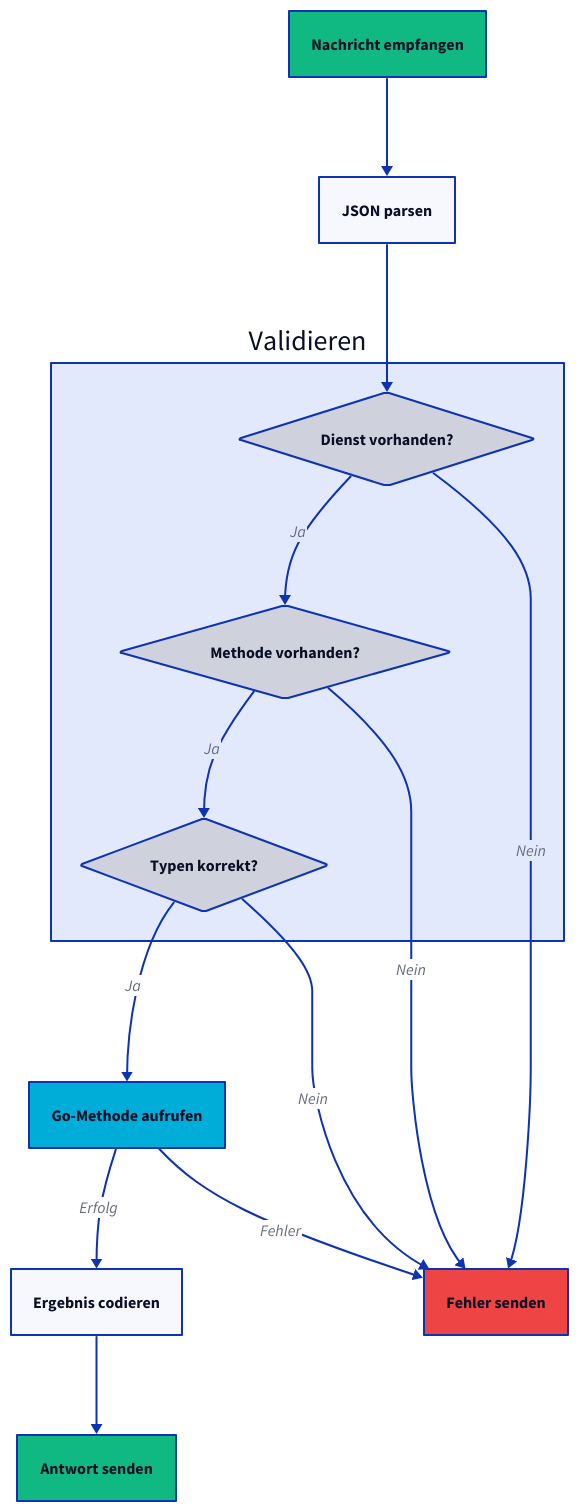
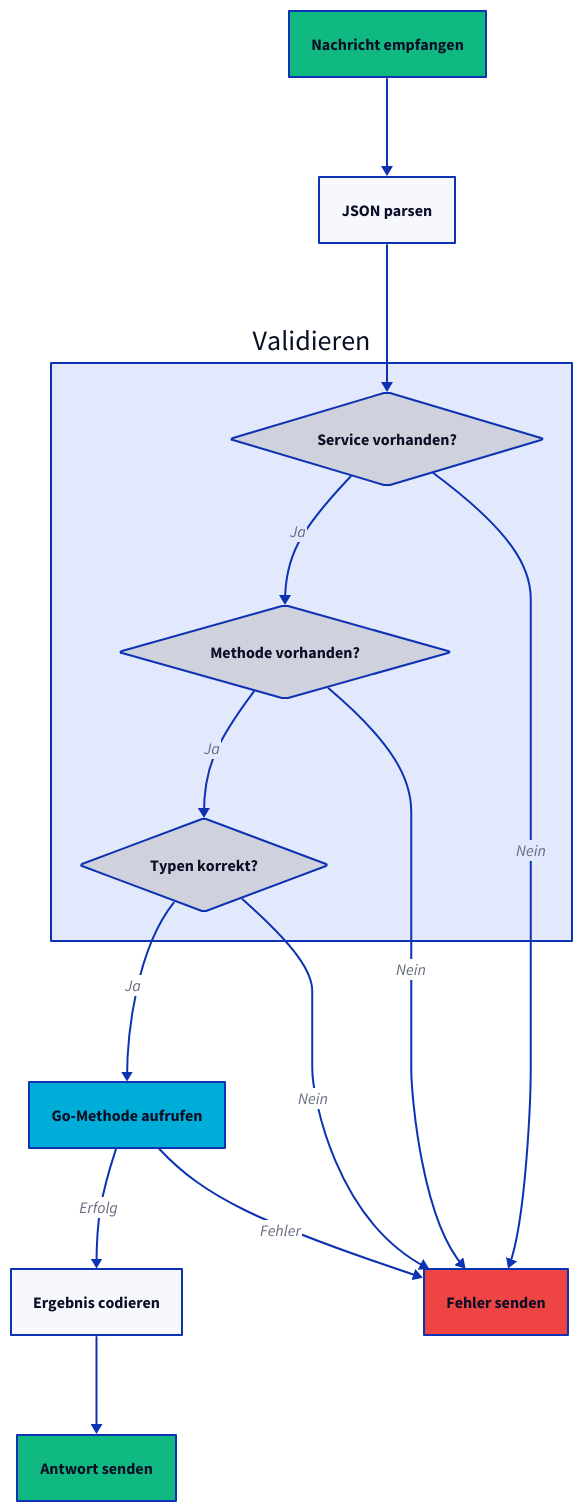
One commit to wailsapp/wails changed the second of 2 diagrams in docs/mpress/content/de/concepts/bridge.md. Above: the diagram before and after it, drawn with D2. The commit also changed other lines of this file and 1419 other files, not shown here.

````diff
--- a/docs/mpress/content/de/concepts/bridge.md
+++ b/docs/mpress/content/de/concepts/bridge.md
@@ -160,57 +160,57 @@
 ```d2
 direction: down
 
 Receive: Nachricht empfangen {
   shape: rectangle
   style.fill: "#10B981"
 }
 
 Parse: JSON parsen {
   shape: rectangle
 }
 
 Validate: Validieren {
-  Check: Dienst vorhanden? {
+  Check: Service vorhanden? {
     shape: diamond
   }
 
   CheckMethod: Methode vorhanden? {
     shape: diamond
   }
 
   CheckTypes: Typen korrekt? {
     shape: diamond
   }
 }
 
 Invoke: Go-Methode aufrufen {
   shape: rectangle
   style.fill: "#00ADD8"
 }
 
 Encode: Ergebnis codieren {
   shape: rectangle
 }
 
 Send: Antwort senden {
   shape: rectangle
   style.fill: "#10B981"
 }
 
 Error: Fehler senden {
   shape: rectangle
   style.fill: "#EF4444"
 }
 
 Receive -> Parse
 Parse -> Validate.Check
 Validate.Check -> Validate.CheckMethod: Ja
 Validate.Check -> Error: Nein
 Validate.CheckMethod -> Validate.CheckTypes: Ja
 Validate.CheckMethod -> Error: Nein
 Validate.CheckTypes -> Invoke: Ja
 Validate.CheckTypes -> Error: Nein
 Invoke -> Encode: Erfolg
 Invoke -> Error: Fehler
 Encode -> Send
 ```
````
